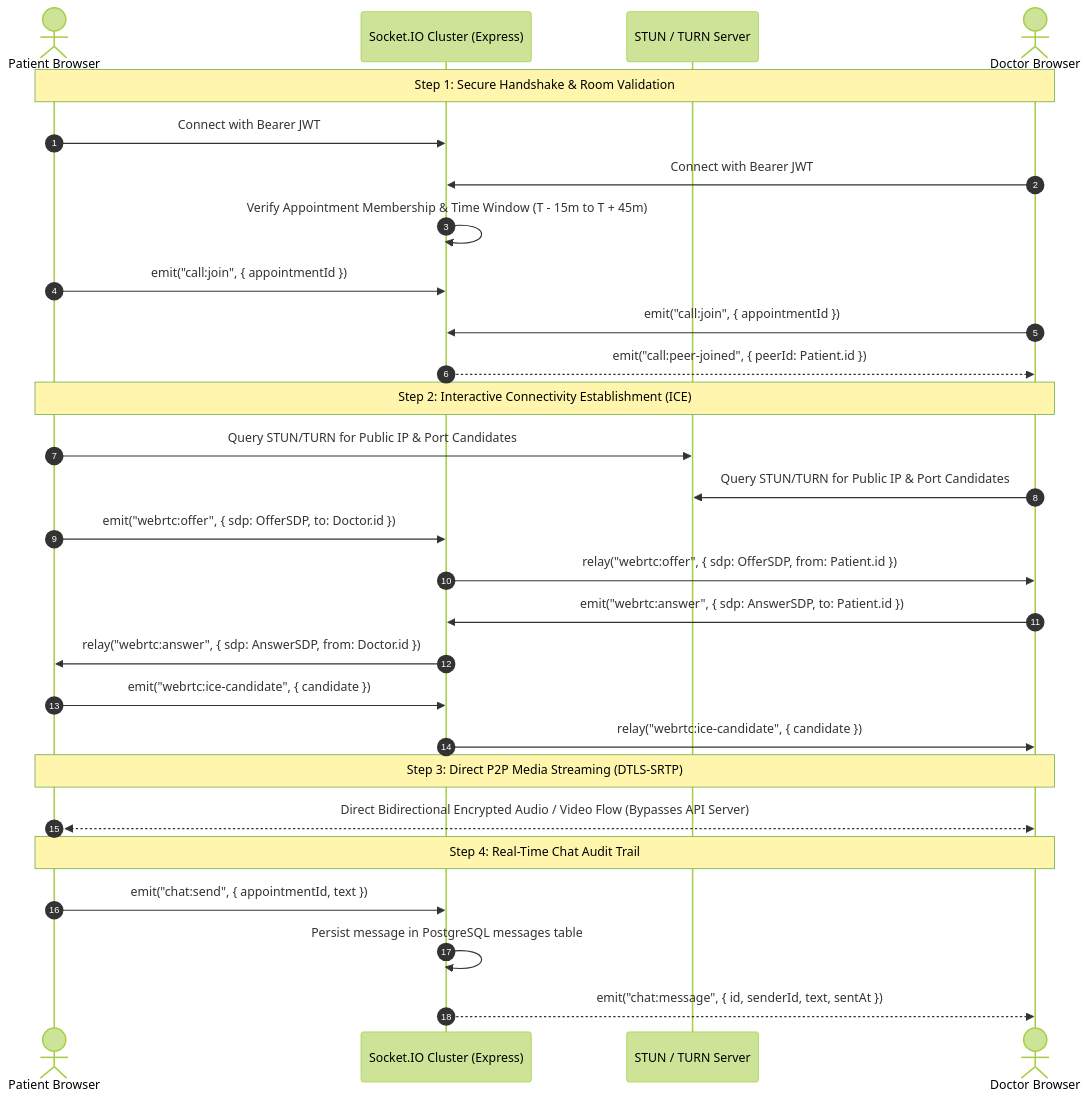
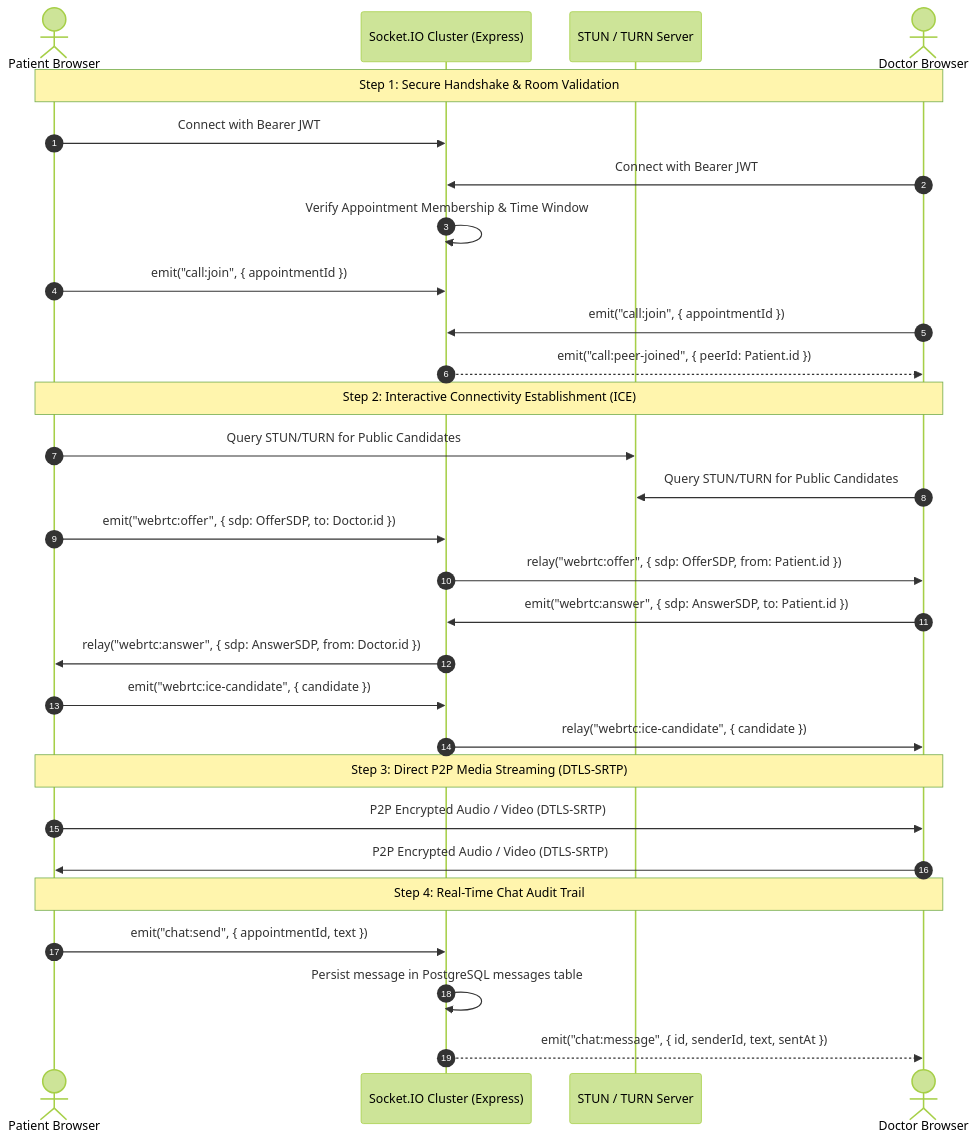
Before and after one commit to CloudProject-007/telemedicine: the sixth of 10 diagrams in README.md, drawn with Mermaid (forest theme). The commit also changed other lines of this file, not shown here.

````diff
--- a/README.md
+++ b/README.md
@@ -296,38 +319,39 @@
 ```mermaid
 sequenceDiagram
     autonumber
     actor Patient as Patient Browser
     participant SocketServer as Socket.IO Cluster (Express)
     participant Coturn as STUN / TURN Server
     actor Doctor as Doctor Browser
 
     Note over Patient,Doctor: Step 1: Secure Handshake & Room Validation
     Patient->>SocketServer: Connect with Bearer JWT
     Doctor->>SocketServer: Connect with Bearer JWT
-    SocketServer->>SocketServer: Verify Appointment Membership & Time Window (T - 15m to T + 45m)
+    SocketServer->>SocketServer: Verify Appointment Membership & Time Window
     
     Patient->>SocketServer: emit("call:join", { appointmentId })
     Doctor->>SocketServer: emit("call:join", { appointmentId })
     SocketServer-->>Doctor: emit("call:peer-joined", { peerId: Patient.id })
 
     Note over Patient,Doctor: Step 2: Interactive Connectivity Establishment (ICE)
-    Patient->>Coturn: Query STUN/TURN for Public IP & Port Candidates
-    Doctor->>Coturn: Query STUN/TURN for Public IP & Port Candidates
+    Patient->>Coturn: Query STUN/TURN for Public Candidates
+    Doctor->>Coturn: Query STUN/TURN for Public Candidates
     
     Patient->>SocketServer: emit("webrtc:offer", { sdp: OfferSDP, to: Doctor.id })
     SocketServer->>Doctor: relay("webrtc:offer", { sdp: OfferSDP, from: Patient.id })
     
     Doctor->>SocketServer: emit("webrtc:answer", { sdp: AnswerSDP, to: Patient.id })
     SocketServer->>Patient: relay("webrtc:answer", { sdp: AnswerSDP, from: Doctor.id })
     
     Patient->>SocketServer: emit("webrtc:ice-candidate", { candidate })
     SocketServer->>Doctor: relay("webrtc:ice-candidate", { candidate })
 
     Note over Patient,Doctor: Step 3: Direct P2P Media Streaming (DTLS-SRTP)
-    Patient<<-->>Doctor: Direct Bidirectional Encrypted Audio / Video Flow (Bypasses API Server)
+    Patient->>Doctor: P2P Encrypted Audio / Video (DTLS-SRTP)
+    Doctor->>Patient: P2P Encrypted Audio / Video (DTLS-SRTP)
     
     Note over Patient,Doctor: Step 4: Real-Time Chat Audit Trail
     Patient->>SocketServer: emit("chat:send", { appointmentId, text })
     SocketServer->>SocketServer: Persist message in PostgreSQL messages table
     SocketServer-->>Doctor: emit("chat:message", { id, senderId, text, sentAt })
 ```
````
